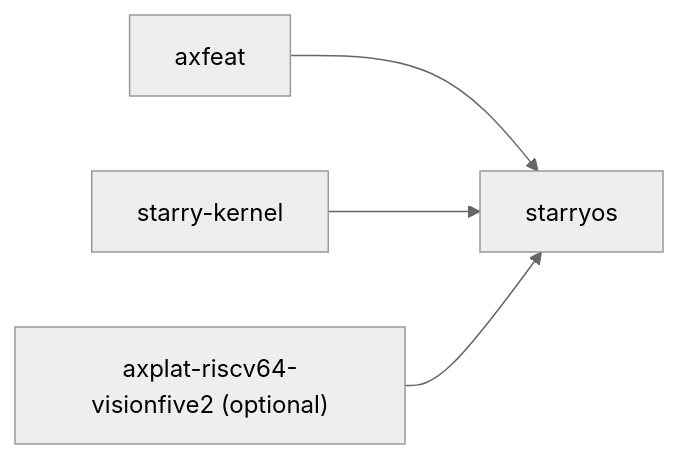
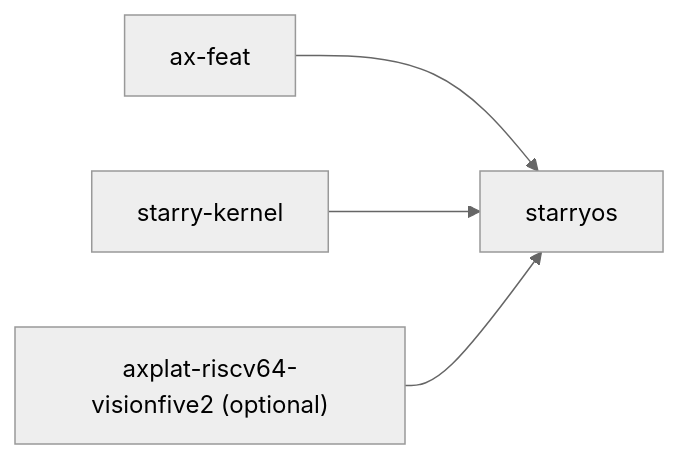
One commit to rcore-os/tgoskits changed the second of 2 diagrams in docs/crates/starryos.md. Above: the diagram before and after it, drawn with Mermaid (neutral theme). The commit also changed other lines of this file and 51 other files, not shown here.

````diff
--- a/docs/crates/starryos.md
+++ b/docs/crates/starryos.md
@@ -103,6 +103,6 @@
 ```mermaid
 graph LR
-    axfeat["axfeat"] --> starryos["starryos"]
+    ax-feat["ax-feat"] --> starryos["starryos"]
     kernel["starry-kernel"] --> starryos
     vf2["axplat-riscv64-visionfive2 (optional)"] --> starryos
 ```
````
